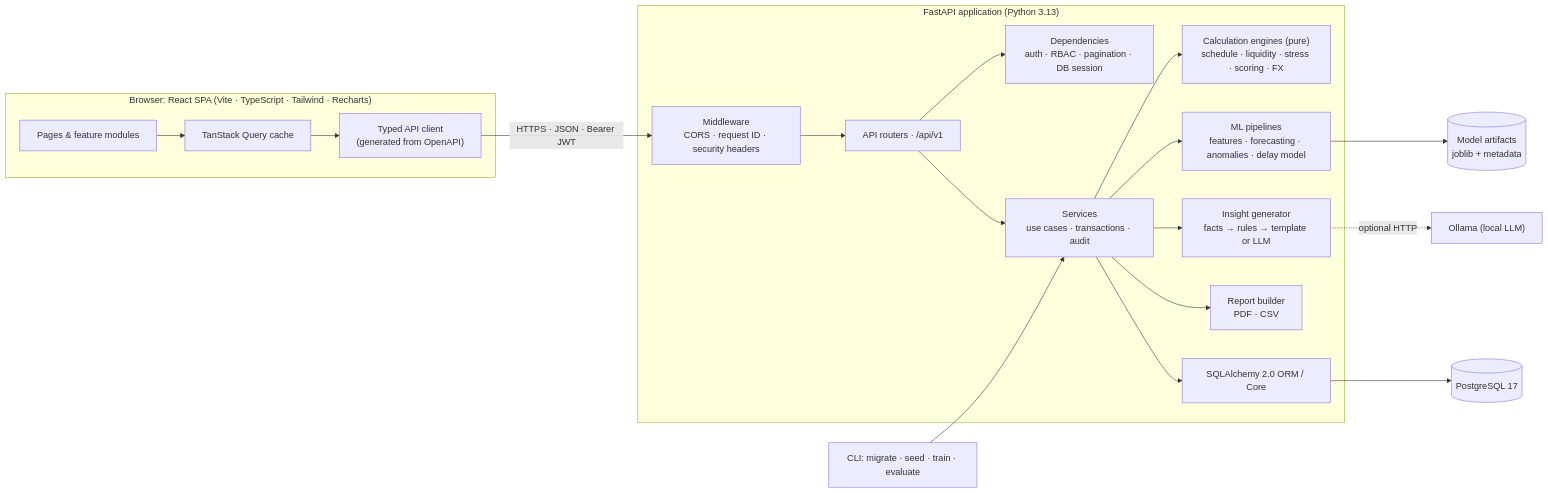
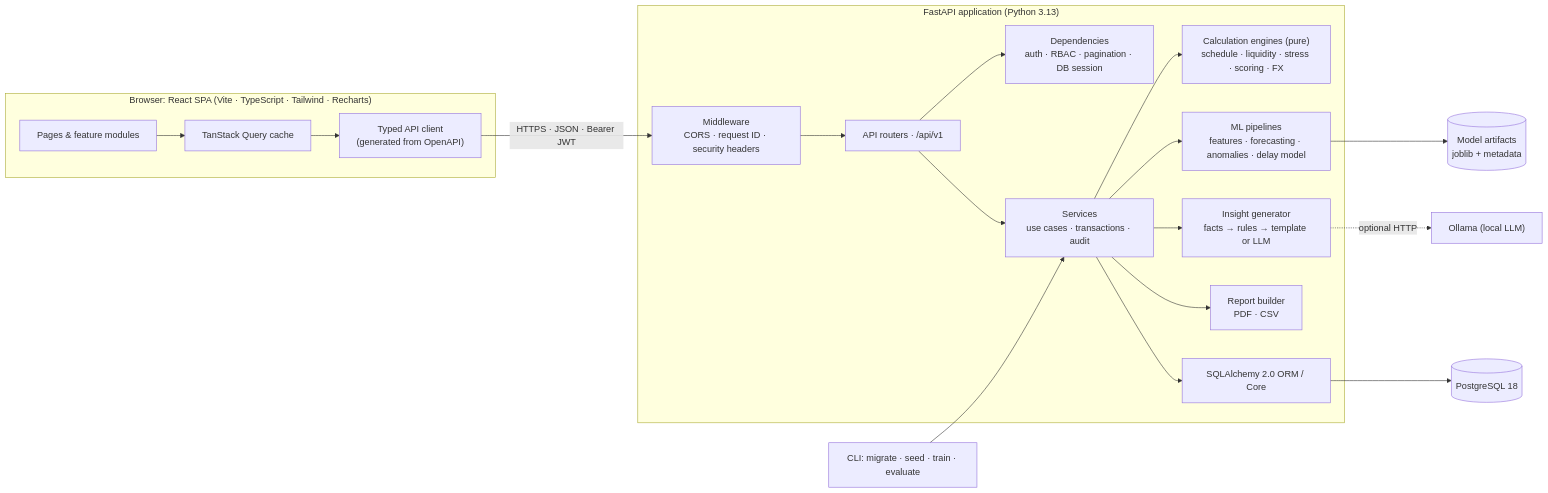
The first of 5 diagrams in docs/TECHNICAL_PLAN.md (EbrerRamen/liquidity-risk-simulator), drawn with Mermaid before and after one commit. The commit also changed other lines of this file and 43 other files, not shown here.

````diff
--- a/docs/TECHNICAL_PLAN.md
+++ b/docs/TECHNICAL_PLAN.md
@@ -100,25 +102,25 @@
 ```mermaid
 flowchart LR
   subgraph Client["Browser: React SPA (Vite · TypeScript · Tailwind · Recharts)"]
     UI["Pages & feature modules"] --> RQ["TanStack Query cache"]
     RQ --> APIC["Typed API client<br/>(generated from OpenAPI)"]
   end
 
   APIC -- "HTTPS · JSON · Bearer JWT" --> MW
 
   subgraph Backend["FastAPI application (Python 3.13)"]
     MW["Middleware<br/>CORS · request ID · security headers"] --> R["API routers · /api/v1"]
     R --> DEP["Dependencies<br/>auth · RBAC · pagination · DB session"]
     R --> S["Services<br/>use cases · transactions · audit"]
     S --> E["Calculation engines (pure)<br/>schedule · liquidity · stress · scoring · FX"]
     S --> ML["ML pipelines<br/>features · forecasting · anomalies · delay model"]
     S --> INS["Insight generator<br/>facts → rules → template or LLM"]
     S --> REP["Report builder<br/>PDF · CSV"]
     S --> ORM["SQLAlchemy 2.0 ORM / Core"]
   end
 
-  ORM --> PG[("PostgreSQL 17")]
+  ORM --> PG[("PostgreSQL 18")]
   ML --> ART[("Model artifacts<br/>joblib + metadata")]
   INS -. "optional HTTP" .-> OLL["Ollama (local LLM)"]
   CLI["CLI: migrate · seed · train · evaluate"] --> S
 ```
````
